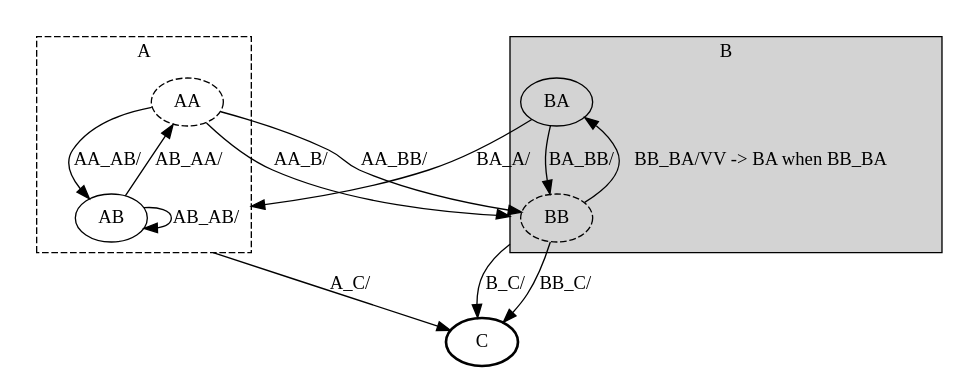
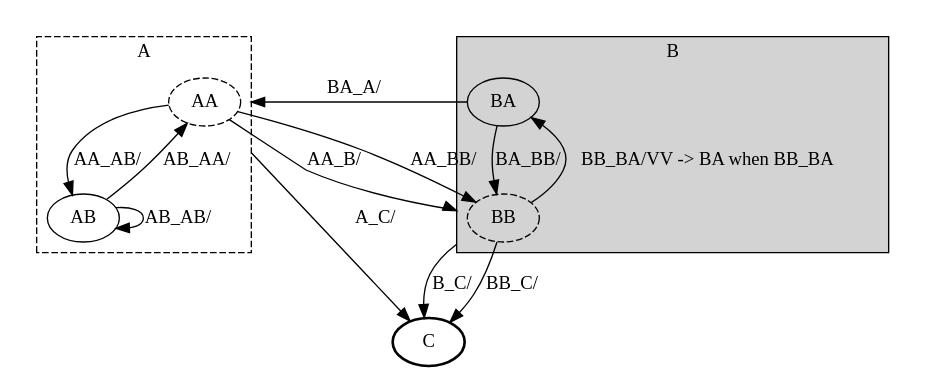
Before and after one commit to tangly-team/tangly-os: the diagram in net.tangly.fsm/src/site/pics/fsm-test.dot, drawn with Graphviz. The commit also changed 3 other files, not shown here.

```diff
--- a/net.tangly.fsm/src/site/pics/fsm-test.dot
+++ b/net.tangly.fsm/src/site/pics/fsm-test.dot
@@ -1,34 +1,34 @@
 digraph G {
   compound=true;
 
   subgraph cluster1001 {
     style=invis;
     subgraph cluster1 {
       style="visible, dashed";
       label = "A"
       AA [style="dashed"];
       AB [];
     }
   }
   subgraph cluster1004 {
     style=invis;
     subgraph cluster4 {
       style="visible, filled";
       label = "B"
       BA [style="filled"];
       BB [style="dashed"];
     }
   }
   C [style="bold"];
-  AB -> C [ltail=cluster1, label="A_C/"];
+  AA -> C [ltail=cluster1, label="A_C/"];
   AA -> AB [label="AA_AB/"];
   AA -> BB [lhead=cluster4, label="AA_B/"];
   AA -> BB [label="AA_BB/"];
   AB -> AA [label="AB_AA/"];
   AB -> AB [label="AB_AB/"];
   BB -> C [ltail=cluster4, label="B_C/"];
-  BA -> AB [lhead=cluster1, label="BA_A/"];
+  BA -> AA [lhead=cluster1, label="BA_A/"];
   BA -> BB [label="BA_BB/"];
   BB -> BA [label="BB_BA/VV -> BA when BB_BA"];
   BB -> C [label="BB_C/"];
 }
```
